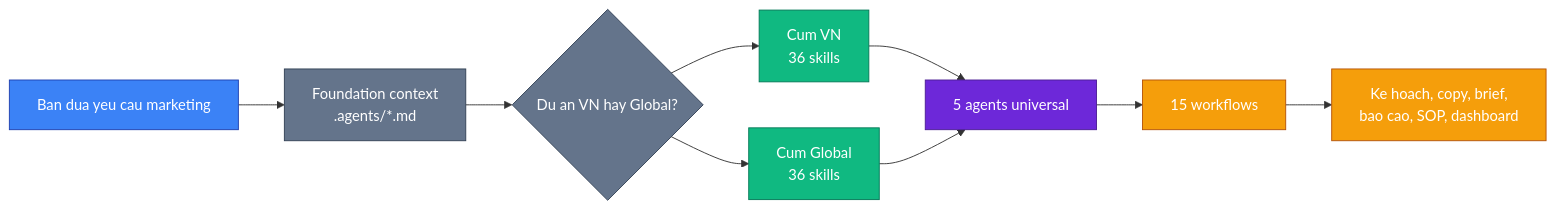
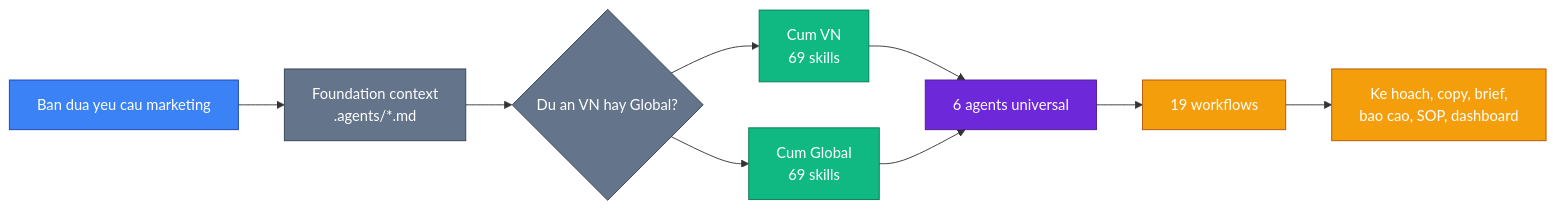
Before and after one commit to minhnv0807/ai-business-skills: the first of 6 diagrams in README.vi.md, drawn with Mermaid. The commit also changed other lines of this file and 164 other files, not shown here.

````diff
--- a/README.vi.md
+++ b/README.vi.md
@@ -59,23 +65,23 @@
 ```mermaid
 flowchart LR
     UserRequest["Ban dua yeu cau marketing"] --> Context["Foundation context<br/>.agents/*.md"]
     Context --> Router{"Du an VN hay Global?"}
-    Router --> VN["Cum VN<br/>36 skills"]
-    Router --> Global["Cum Global<br/>36 skills"]
-    VN --> Agents["5 agents universal"]
+    Router --> VN["Cum VN<br/>69 skills"]
+    Router --> Global["Cum Global<br/>69 skills"]
+    VN --> Agents["6 agents universal"]
     Global --> Agents
-    Agents --> Workflows["15 workflows"]
+    Agents --> Workflows["19 workflows"]
     Workflows --> Output["Ke hoach, copy, brief,<br/>bao cao, SOP, dashboard"]
 
     classDef user fill:#3b82f6,stroke:#1e40af,color:#fff
     classDef system fill:#64748b,stroke:#334155,color:#fff
     classDef admin fill:#f59e0b,stroke:#b45309,color:#fff
     classDef cmsdev fill:#6d28d9,stroke:#4c1d95,color:#fff
     classDef db fill:#10b981,stroke:#047857,color:#fff
 
     class UserRequest user
     class Context,Router system
     class VN,Global db
     class Agents cmsdev
     class Workflows,Output admin
 ```
````
